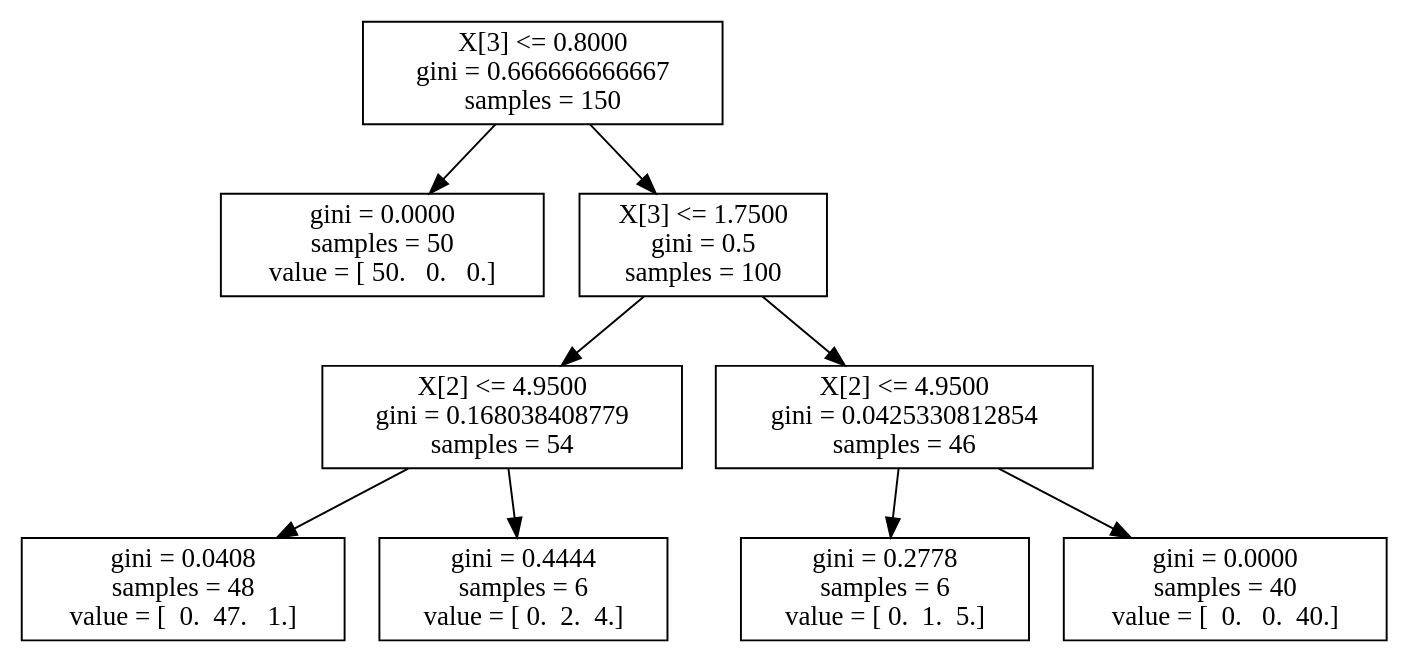
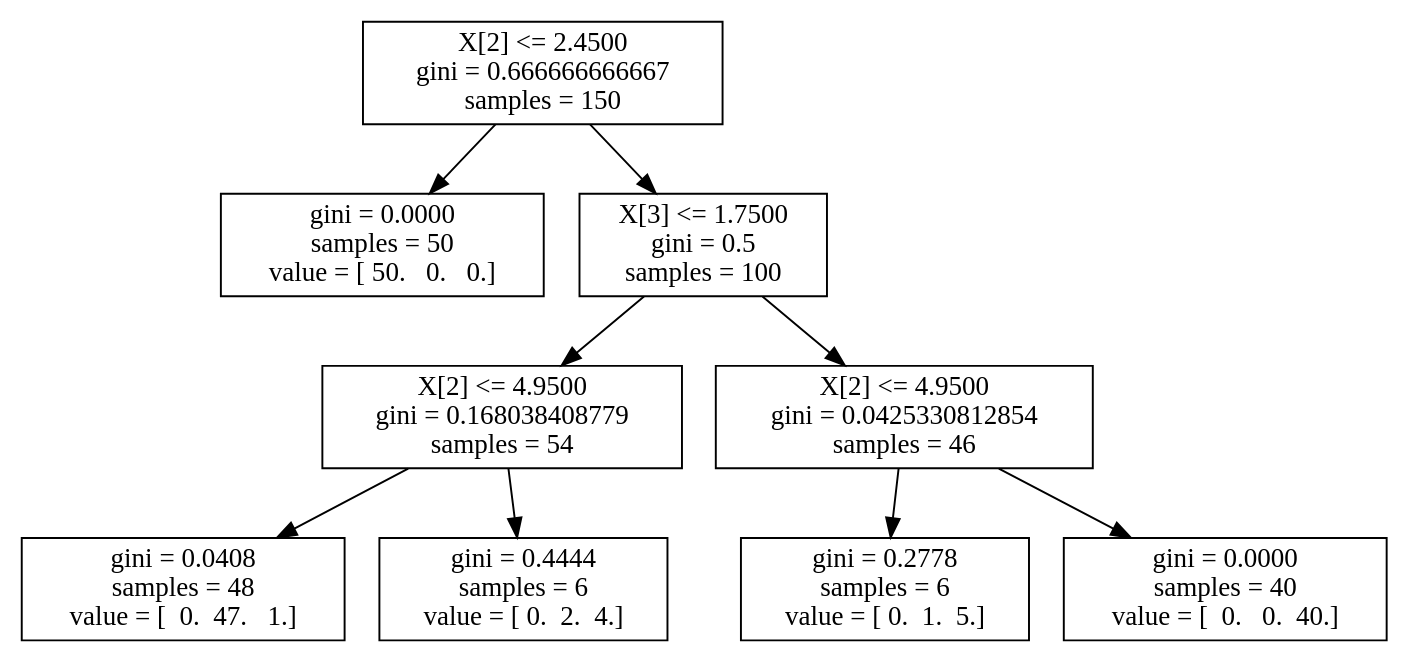
Before and after one commit to DicksonK/DS_HK_5: the diagram in notebooks/iris.dot, drawn with Graphviz. The commit also changed 3 other files, not shown here.

```diff
--- a/notebooks/iris.dot
+++ b/notebooks/iris.dot
@@ -1,19 +1,19 @@
 digraph Tree {
-0 [label="X[3] <= 0.8000\ngini = 0.666666666667\nsamples = 150", shape="box"] ;
+0 [label="X[2] <= 2.4500\ngini = 0.666666666667\nsamples = 150", shape="box"] ;
 1 [label="gini = 0.0000\nsamples = 50\nvalue = [ 50.   0.   0.]", shape="box"] ;
 0 -> 1 ;
 2 [label="X[3] <= 1.7500\ngini = 0.5\nsamples = 100", shape="box"] ;
 0 -> 2 ;
 3 [label="X[2] <= 4.9500\ngini = 0.168038408779\nsamples = 54", shape="box"] ;
 2 -> 3 ;
 4 [label="gini = 0.0408\nsamples = 48\nvalue = [  0.  47.   1.]", shape="box"] ;
 3 -> 4 ;
 5 [label="gini = 0.4444\nsamples = 6\nvalue = [ 0.  2.  4.]", shape="box"] ;
 3 -> 5 ;
 6 [label="X[2] <= 4.9500\ngini = 0.0425330812854\nsamples = 46", shape="box"] ;
 2 -> 6 ;
 7 [label="gini = 0.2778\nsamples = 6\nvalue = [ 0.  1.  5.]", shape="box"] ;
 6 -> 7 ;
 8 [label="gini = 0.0000\nsamples = 40\nvalue = [  0.   0.  40.]", shape="box"] ;
 6 -> 8 ;
 }
```
